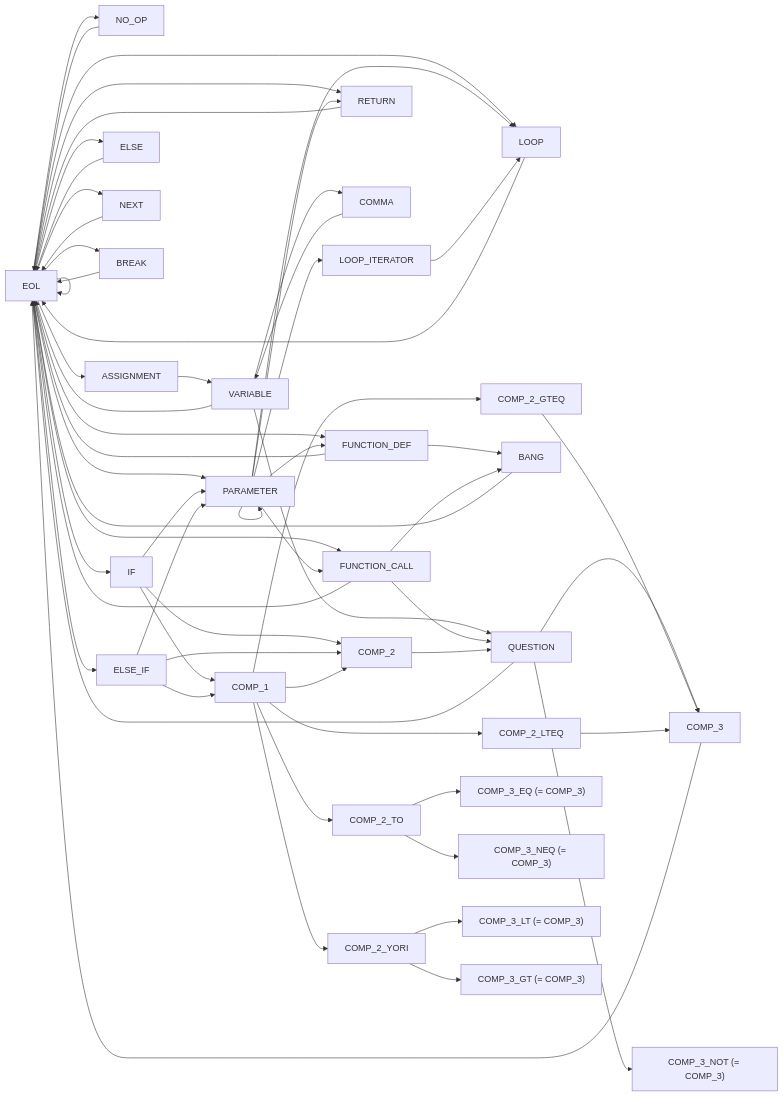
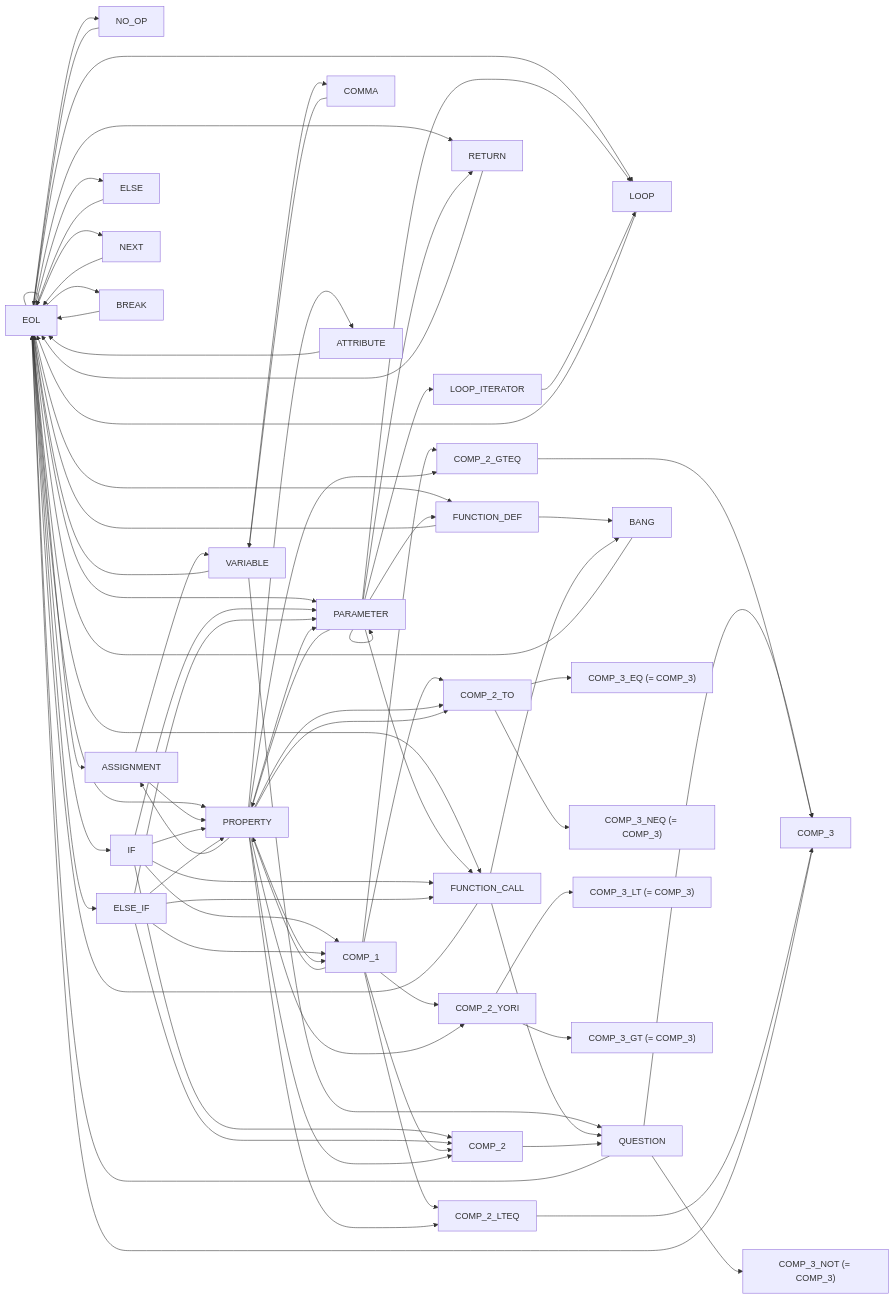
The diagram in documentation/nfsm.md (rewhowe/snapdragon), drawn with Mermaid before and after one commit. The commit also changed 45 other files, not shown here.

````diff
--- a/documentation/nfsm.md
+++ b/documentation/nfsm.md
@@ -17,8 +17,10 @@
   EOL --> LOOP
   EOL --> NEXT
   EOL --> BREAK
+  EOL --> PROPERTY
 
   ASSIGNMENT --> VARIABLE
+  ASSIGNMENT --> PROPERTY
 
   VARIABLE --> EOL
   VARIABLE --> QUESTION
@@ -30,6 +32,7 @@
   PARAMETER --> RETURN
   PARAMETER --> LOOP_ITERATOR
   PARAMETER --> LOOP
+  PARAMETER --> PROPERTY
 
   FUNCTION_DEF --> EOL
   FUNCTION_DEF --> BANG
@@ -51,12 +54,16 @@
   COMMA --> VARIABLE
 
   IF --> PARAMETER
+  IF --> FUNCTION_CALL
   IF --> COMP_1
   IF --> COMP_2
+  IF --> PROPERTY
 
   ELSE_IF --> PARAMETER
+  ELSE_IF --> FUNCTION_CALL
   ELSE_IF --> COMP_1
   ELSE_IF --> COMP_2
+  ELSE_IF --> PROPERTY
 
   ELSE --> EOL
 
@@ -65,6 +72,7 @@
   COMP_1 --> COMP_2_YORI
   COMP_1 --> COMP_2_GTEQ
   COMP_1 --> COMP_2_LTEQ
+  COMP_1 --> PROPERTY
 
   COMP_2 --> QUESTION
 
@@ -84,4 +92,17 @@
   LOOP --> EOL
   NEXT --> EOL
   BREAK --> EOL
+
+  PROPERTY --> ASSIGNMENT
+  PROPERTY --> PARAMETER
+  PROPERTY --> ATTRIBUTE
+  PROPERTY --> COMP_1
+  PROPERTY --> COMP_2
+  PROPERTY --> COMP_2_TO
+  PROPERTY --> COMP_2_TO
+  PROPERTY --> COMP_2_YORI
+  PROPERTY --> COMP_2_GTEQ
+  PROPERTY --> COMP_2_LTEQ
+
+  ATTRIBUTE --> EOL
 ```
````
